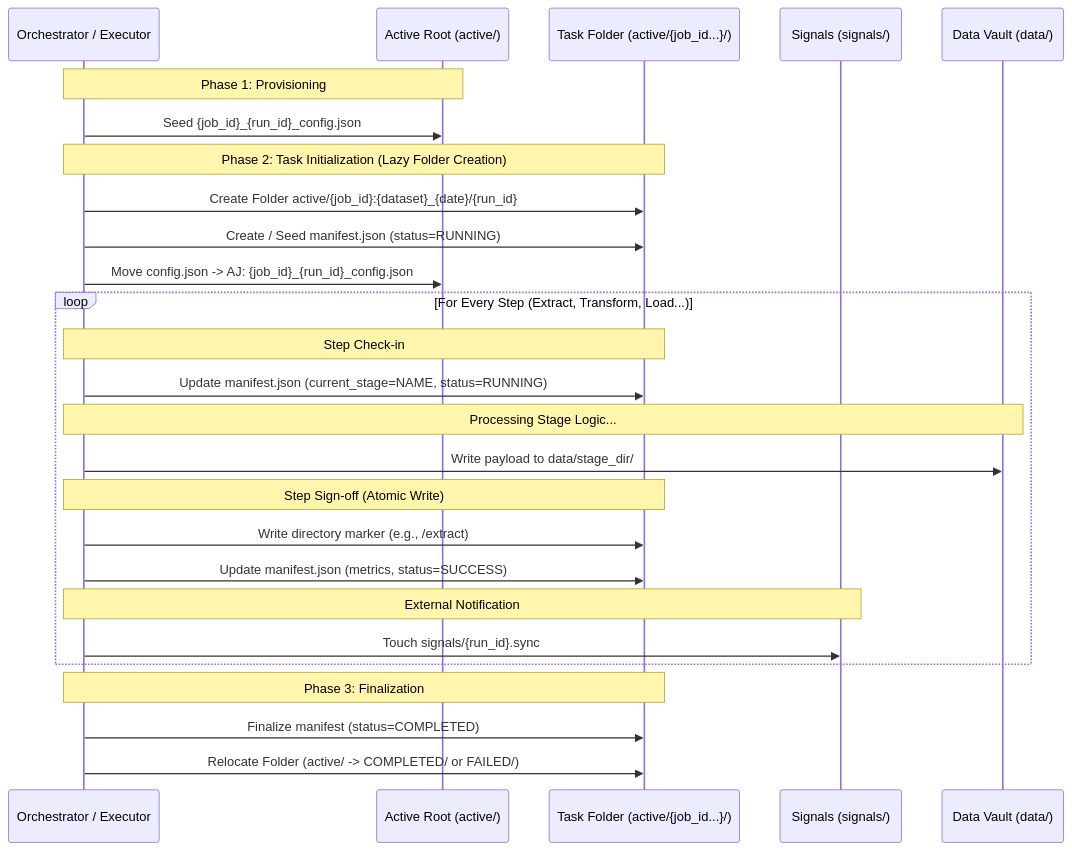
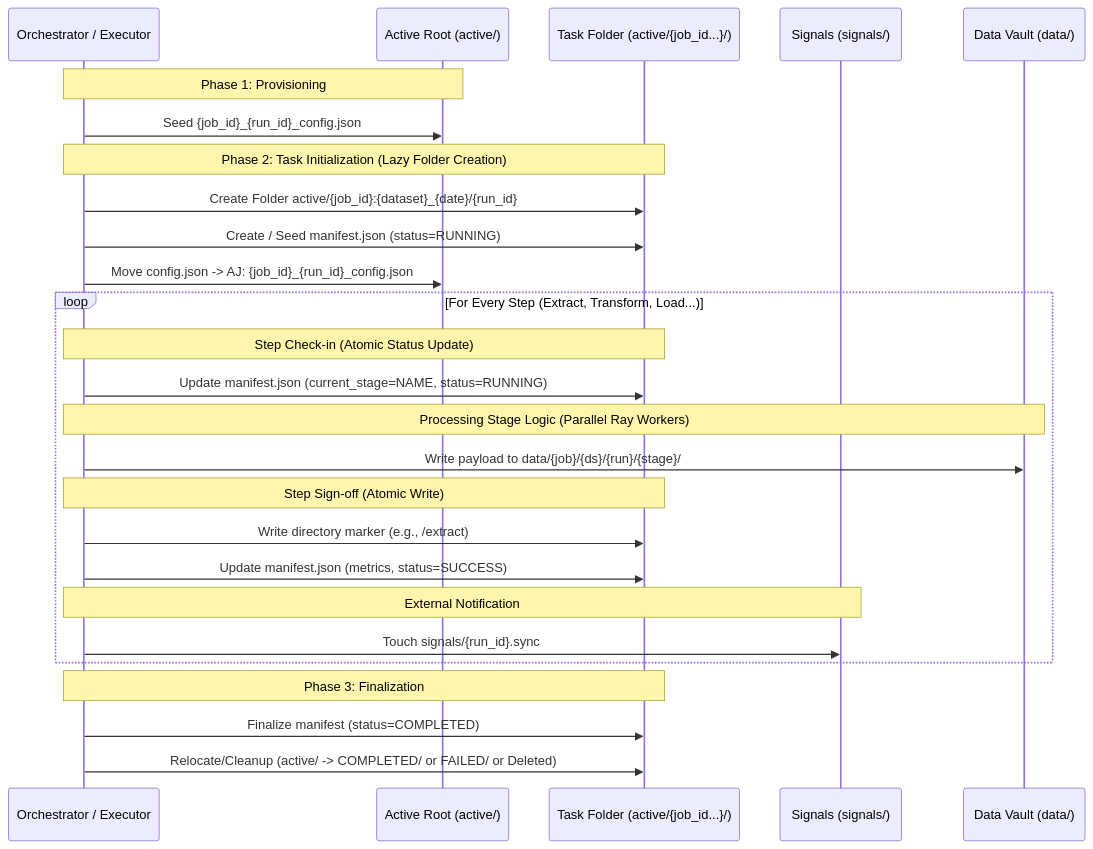
Before and after one commit to RaymondOnn/data-ops-toolkit: the first of 2 diagrams in apps/ingestion/src/core/models/stages/job_lifecycle_folder_structure.md, drawn with Mermaid. The commit also changed other lines of this file and 98 other files, not shown here.

````diff
--- a/apps/ingestion/src/core/models/stages/job_lifecycle_folder_structure.md
+++ b/apps/ingestion/src/core/models/stages/job_lifecycle_folder_structure.md
@@ -46,35 +51,35 @@
 ```mermaid
 sequenceDiagram
     participant O as Orchestrator / Executor
     participant AR as Active Root (active/)
     participant AJ as Task Folder (active/{job_id...}/)
     participant S as Signals (signals/)
     participant D as Data Vault (data/)
 
     Note over O,AR: Phase 1: Provisioning
     O->>AR: Seed {job_id}_{run_id}_config.json
 
     Note over O,AJ: Phase 2: Task Initialization (Lazy Folder Creation)
     O->>AJ: Create Folder active/{job_id}:{dataset}_{date}/{run_id}
     O->>AJ: Create / Seed manifest.json (status=RUNNING)
     O->>AR: Move config.json -> AJ: {job_id}_{run_id}_config.json
 
     loop For Every Step (Extract, Transform, Load...)
-        Note over O,AJ: Step Check-in
+        Note over O,AJ: Step Check-in (Atomic Status Update)
         O->>AJ: Update manifest.json (current_stage=NAME, status=RUNNING)
 
-        Note over O,D: Processing Stage Logic...
-        O->>D: Write payload to data/stage_dir/
+        Note over O,D: Processing Stage Logic (Parallel Ray Workers)
+        O->>D: Write payload to data/{job}/{ds}/{run}/{stage}/
 
         Note over O,AJ: Step Sign-off (Atomic Write)
         O->>AJ: Write directory marker (e.g., /extract)
         O->>AJ: Update manifest.json (metrics, status=SUCCESS)
 
         Note over O,S: External Notification
         O->>S: Touch signals/{run_id}.sync
     end
 
     Note over O,AJ: Phase 3: Finalization
     O->>AJ: Finalize manifest (status=COMPLETED)
-    O->>AJ: Relocate Folder (active/ -> COMPLETED/ or FAILED/)
+    O->>AJ: Relocate/Cleanup (active/ -> COMPLETED/ or FAILED/ or Deleted)
 ```
````
